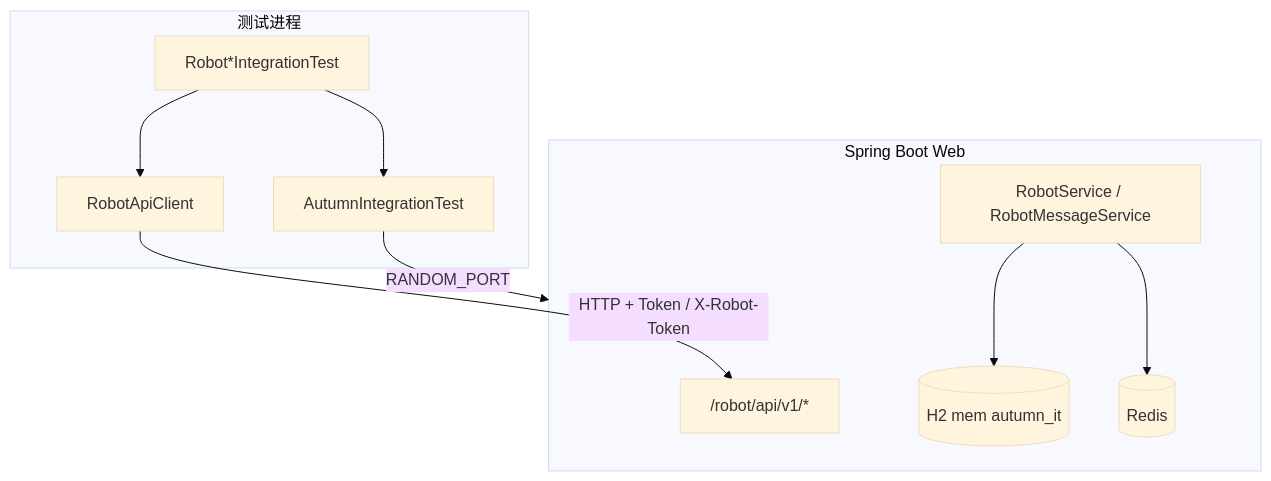
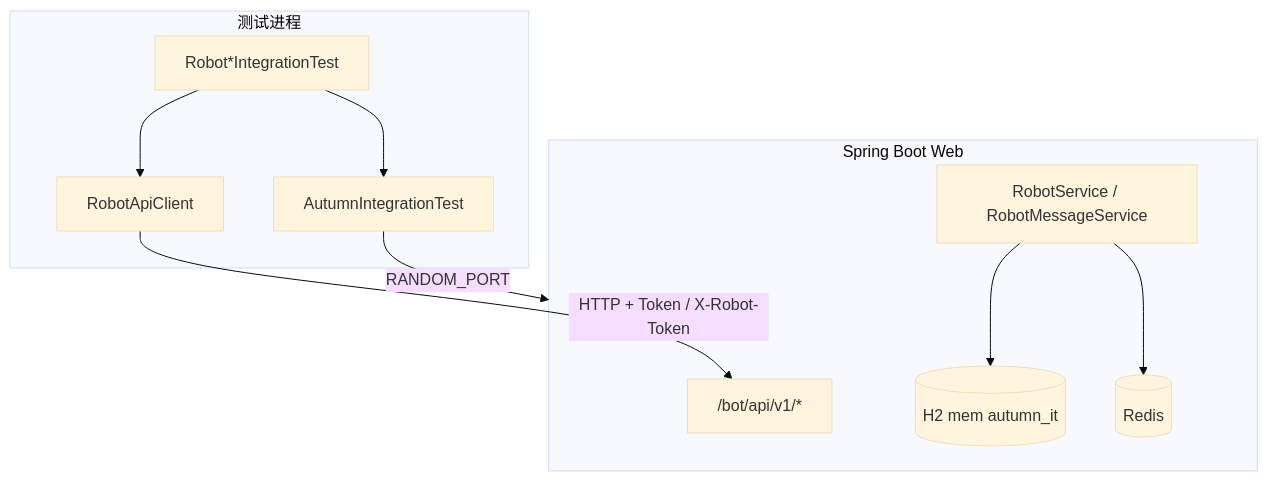
Before and after one commit to henryxm/autumn: the diagram in web/docs/INTEGRATION_TEST.md, drawn with Mermaid (base theme). The commit also changed other lines of this file and 8 other files, not shown here.

````diff
--- a/web/docs/INTEGRATION_TEST.md
+++ b/web/docs/INTEGRATION_TEST.md
@@ -10,20 +10,20 @@
 ```mermaid
 flowchart TB
   subgraph test [测试进程]
     IT[Robot*IntegrationTest]
     Base[AutumnIntegrationTest]
     Client[RobotApiClient]
     IT --> Base
     IT --> Client
   end
   subgraph app [Spring Boot Web]
-    API["/robot/api/v1/*"]
+    API["/bot/api/v1/*"]
     Svc[RobotService / RobotMessageService]
     DB[(H2 mem autumn_it)]
     Redis[(Redis)]
   end
   Base -->|RANDOM_PORT| app
   Client -->|HTTP + Token / X-Robot-Token| API
   Svc --> DB
   Svc --> Redis
 ```
````
